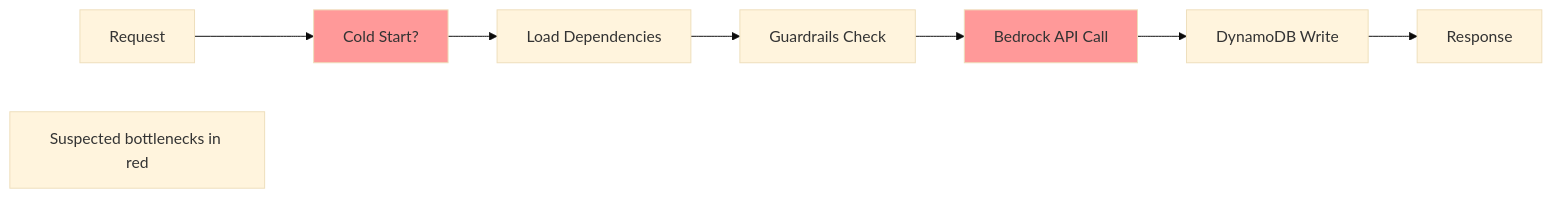
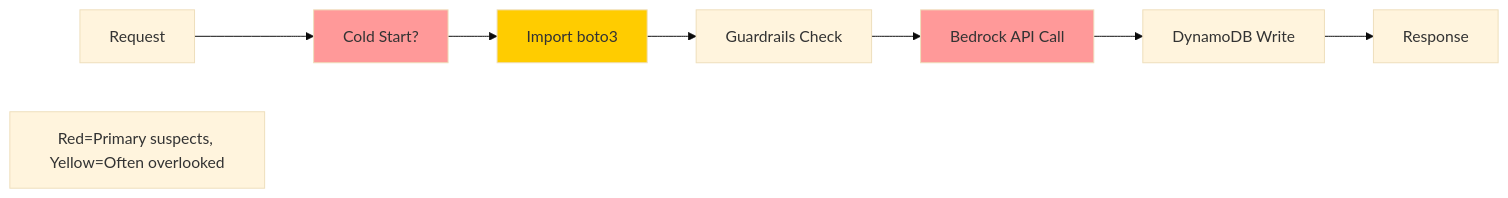
Before and after one commit to martymcenroe/Aletheia: the diagram in docs/1137-lambda-latency-investigation.md, drawn with Mermaid (base theme). The commit also changed other lines of this file, not shown here.

````diff
--- a/docs/1137-lambda-latency-investigation.md
+++ b/docs/1137-lambda-latency-investigation.md
@@ -44,13 +50,14 @@
 ```mermaid
 flowchart LR
     A[Request] --> B[Cold Start?]
-    B --> C[Load Dependencies]
+    B --> C[Import boto3]
     C --> D[Guardrails Check]
     D --> E[Bedrock API Call]
     E --> F[DynamoDB Write]
     F --> G[Response]
 
     style B fill:#ff9999
+    style C fill:#ffcc00
     style E fill:#ff9999
-    Note1[Suspected bottlenecks in red]
+    Note1[Red=Primary suspects, Yellow=Often overlooked]
 ```
````
